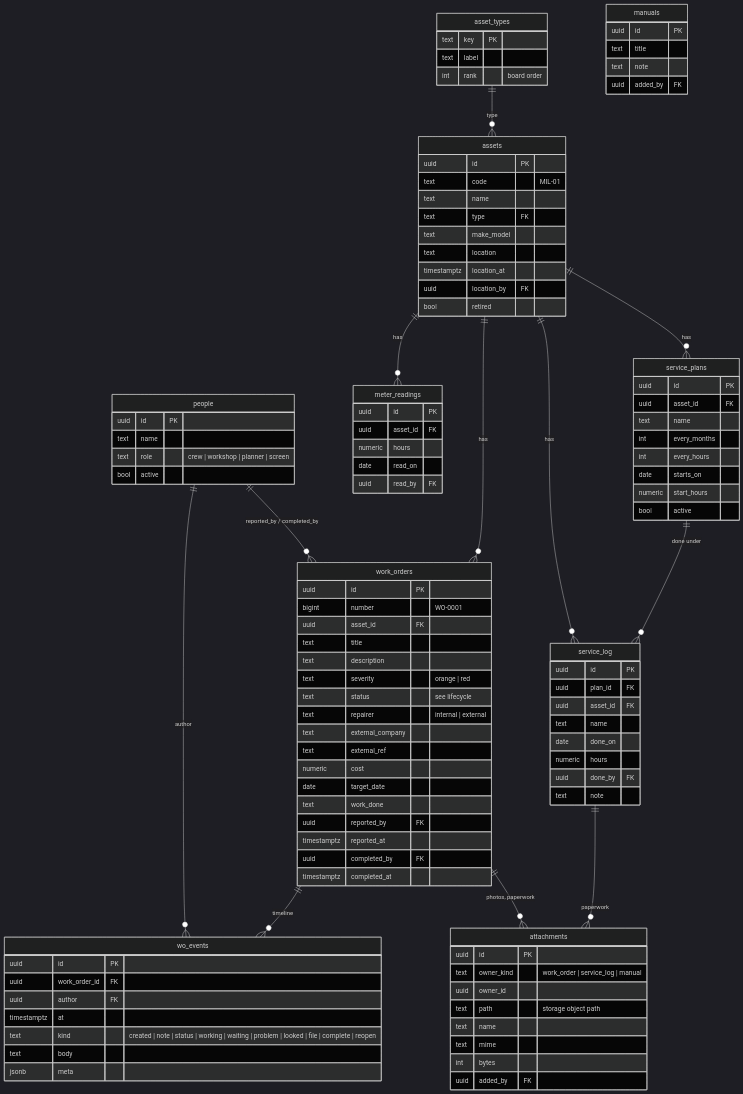
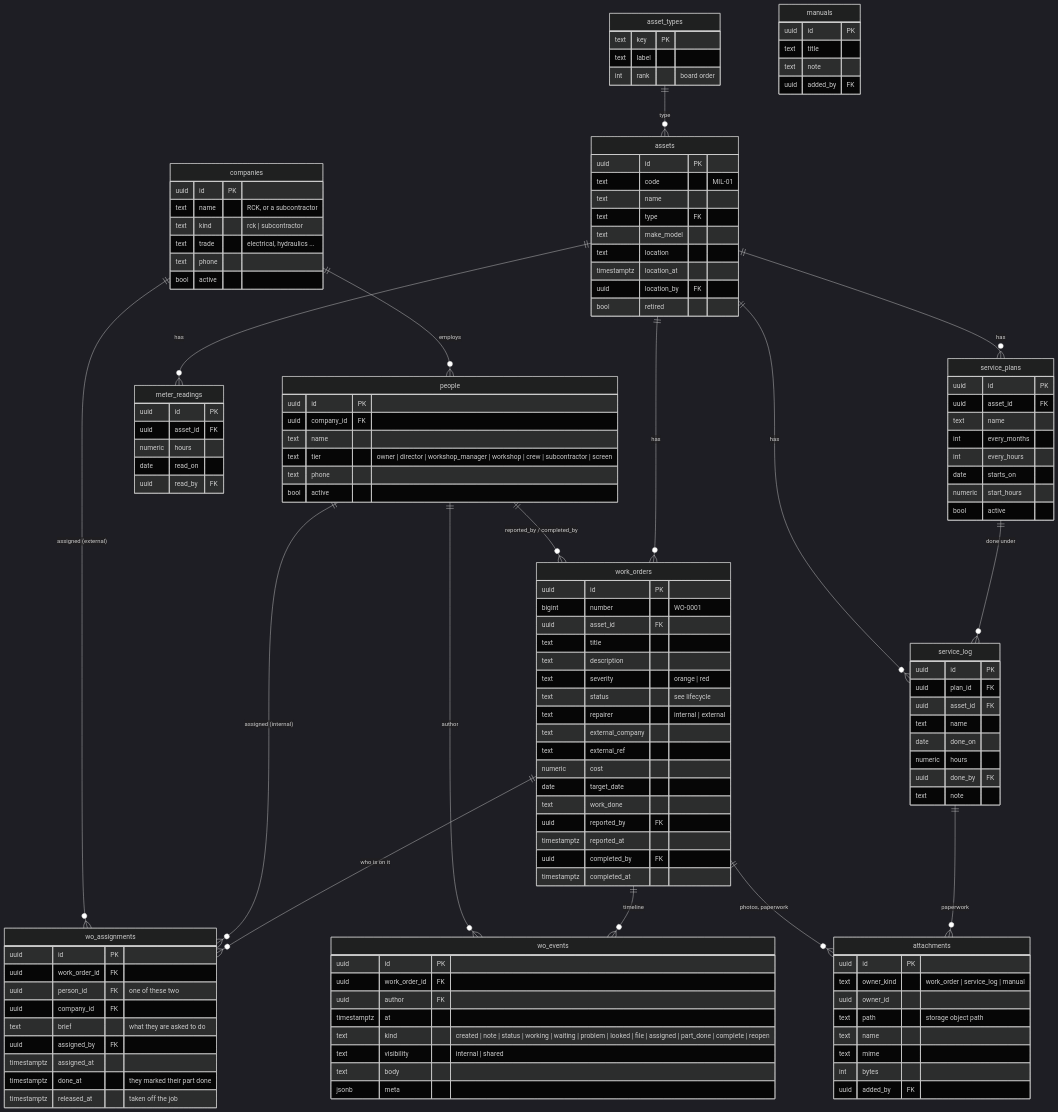
One commit to shyamal22/rck-workshop changed the third of 10 diagrams in workshop-v2/docs/01-flow-and-architecture.md. Above: the diagram before and after it, drawn with Mermaid (dark theme). The commit also changed other lines of this file, not shown here.

First line of the commit message:
Workshop v2: add the tiers, assignment and subcontractor logins

````diff
--- a/workshop-v2/docs/01-flow-and-architecture.md
+++ b/workshop-v2/docs/01-flow-and-architecture.md
@@ -114,5 +162,9 @@
 ```mermaid
 erDiagram
+  companies ||--o{ people : "employs"
+  companies ||--o{ wo_assignments : "assigned (external)"
+  people ||--o{ wo_assignments : "assigned (internal)"
+  work_orders ||--o{ wo_assignments : "who is on it"
   people ||--o{ work_orders : "reported_by / completed_by"
   people ||--o{ wo_events : "author"
   asset_types ||--o{ assets : "type"
@@ -125,11 +177,32 @@
   service_plans ||--o{ service_log : "done under"
   service_log ||--o{ attachments : "paperwork"
 
+  companies {
+    uuid id PK
+    text name "RCK, or a subcontractor"
+    text kind "rck | subcontractor"
+    text trade "electrical, hydraulics ..."
+    text phone
+    bool active
+  }
   people {
     uuid id PK
+    uuid company_id FK
     text name
-    text role "crew | workshop | planner | screen"
+    text tier "owner | director | workshop_manager | workshop | crew | subcontractor | screen"
+    text phone
     bool active
+  }
+  wo_assignments {
+    uuid id PK
+    uuid work_order_id FK
+    uuid person_id FK "one of these two"
+    uuid company_id FK
+    text brief "what they are asked to do"
+    uuid assigned_by FK
+    timestamptz assigned_at
+    timestamptz done_at "they marked their part done"
+    timestamptz released_at "taken off the job"
   }
   asset_types {
     text key PK
@@ -178,7 +251,8 @@
     uuid work_order_id FK
     uuid author FK
     timestamptz at
-    text kind "created | note | status | working | waiting | problem | looked | file | complete | reopen"
+    text kind "created | note | status | working | waiting | problem | looked | file | assigned | part_done | complete | reopen"
+    text visibility "internal | shared"
     text body
     jsonb meta
   }
````
